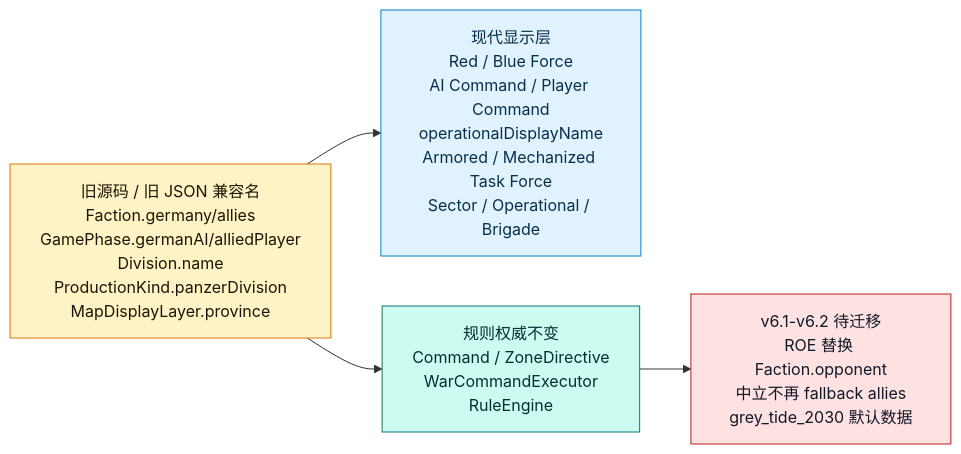
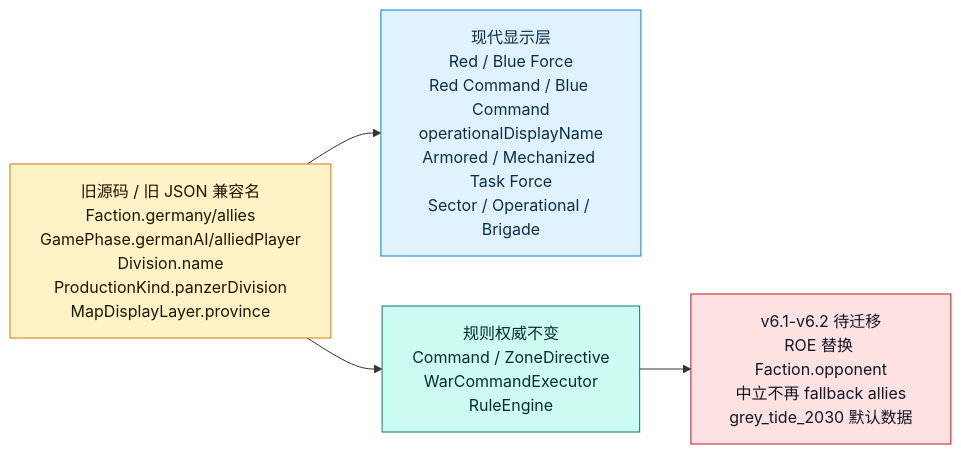
One commit to Altman-sam114/127 changed the second of 20 diagrams in md/flow/flowchart.md. Above: the diagram before and after it, drawn with Mermaid. The commit also changed other lines of this file and 15 other files, not shown here.

````diff
--- a/md/flow/flowchart.md
+++ b/md/flow/flowchart.md
@@ -69,16 +69,16 @@
 ```mermaid
 flowchart LR
     LEGACY["旧源码 / 旧 JSON 兼容名<br/>Faction.germany/allies<br/>GamePhase.germanAI/alliedPlayer<br/>Division.name<br/>ProductionKind.panzerDivision<br/>MapDisplayLayer.province"]:::legacy
-    DISPLAY["现代显示层<br/>Red / Blue Force<br/>AI Command / Player Command<br/>operationalDisplayName<br/>Armored / Mechanized Task Force<br/>Sector / Operational / Brigade"]:::display
+    DISPLAY["现代显示层<br/>Red / Blue Force<br/>Red Command / Blue Command<br/>operationalDisplayName<br/>Armored / Mechanized Task Force<br/>Sector / Operational / Brigade"]:::display
     RULES["规则权威不变<br/>Command / ZoneDirective<br/>WarCommandExecutor<br/>RuleEngine"]:::rules
     RISK["v6.1-v6.2 待迁移<br/>ROE 替换 Faction.opponent<br/>中立不再 fallback allies<br/>grey_tide_2030 默认数据"]:::risk
 
     LEGACY --> DISPLAY
     LEGACY --> RULES
     RULES --> RISK
 
     classDef legacy fill:#fef3c7,stroke:#d97706,color:#1f1600
     classDef display fill:#e0f2fe,stroke:#0284c7,color:#082f49
     classDef rules fill:#ccfbf1,stroke:#0f766e,color:#042f2e
     classDef risk fill:#fee2e2,stroke:#b91c1c,color:#111827
 ```
````
